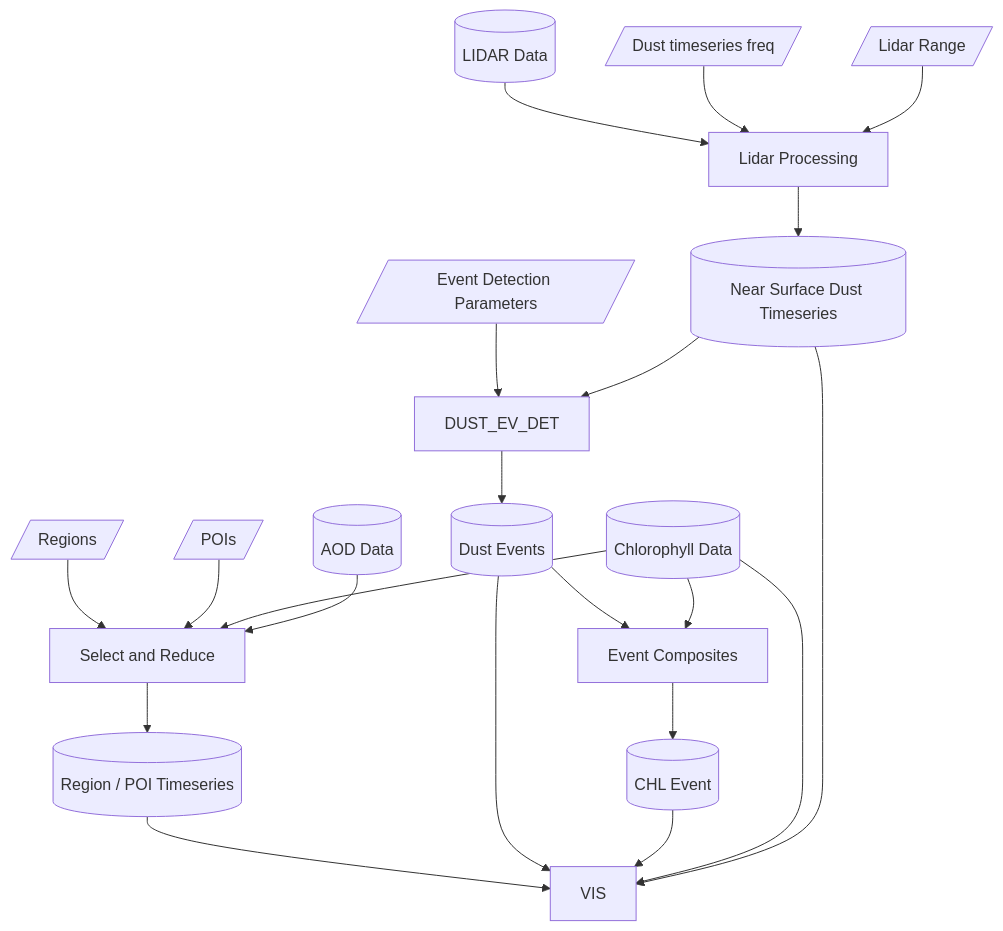
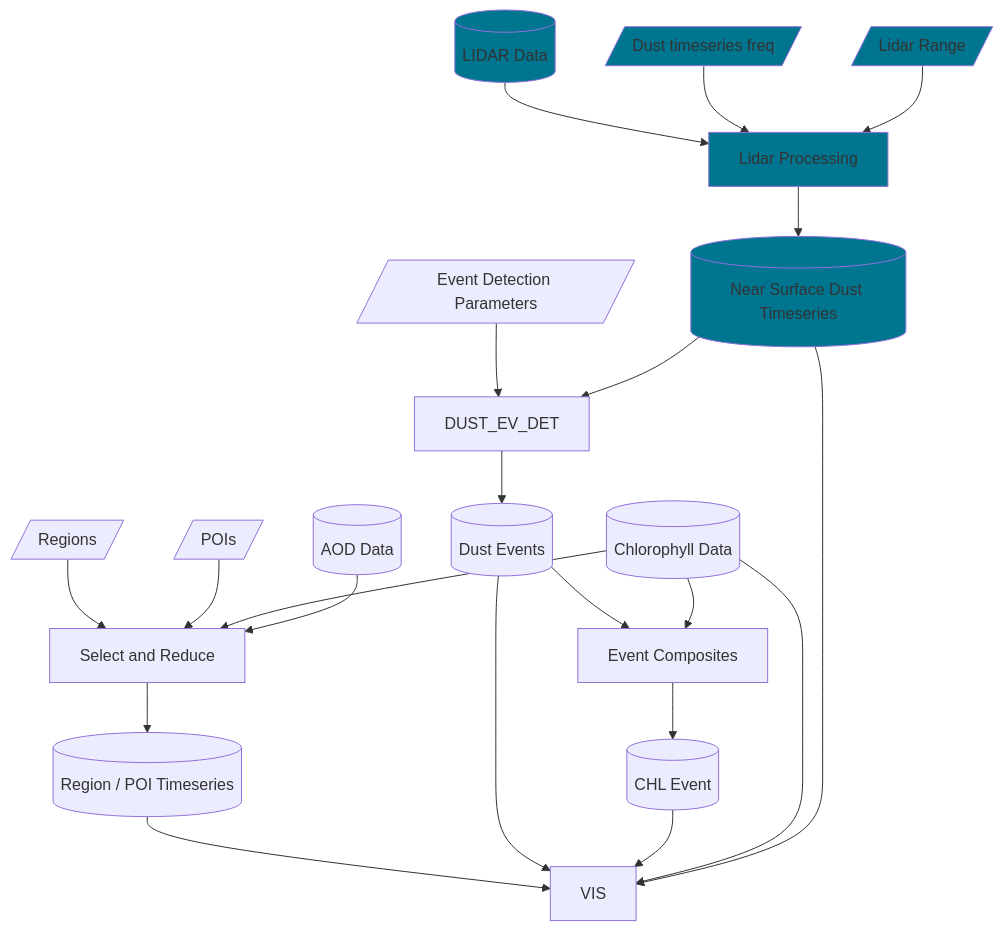
The diagram in README.md (mardatade/Cabo-Verde-Dust), drawn with Mermaid before and after one commit.

Commit message:
Highlight elements which are done

````diff
--- a/README.md
+++ b/README.md
@@ -3,48 +3,55 @@
 ```mermaid
 flowchart TD
     %% datasets
     LIDAR[(LIDAR Data)]
     AOD[(AOD Data)]
     CHL[(Chlorophyll Data)]
     NSDST[(Near Surface Dust Timeseries)]
     REG_POI_TS[(Region / POI Timeseries)]
     DST_Events[(Dust Events)]
     CHL_Comp[(CHL Event)]
 
     %% user choices
     RGS[/Regions/]
     POI[/POIs/]
     LIDAR_RNG[/Lidar Range/]
     DUST_FREQ[/Dust timeseries freq/]
     EVPRM[/Event Detection Parameters/]
 
     %% Process LIDAR data
     LIDAR --> LDRPRC[Lidar Processing]
     DUST_FREQ --> LDRPRC
     LIDAR_RNG --> LDRPRC
     LDRPRC --> NSDST
 
     %% Visualize
     REG_POI_TS --> VIS
     DST_Events --> VIS
     CHL_Comp --> VIS
     CHL --> VIS
     NSDST --> VIS
     
     %% Select timesereis
     RGS --> SLCT_RED
     POI --> SLCT_RED
     CHL --> SLCT_RED
     AOD --> SLCT_RED[Select and Reduce]
     SLCT_RED --> REG_POI_TS
 
     %% Event detection
     EVPRM --> DUST_EV_DET
     NSDST --> DUST_EV_DET
     DUST_EV_DET --> DST_Events
 
     %% Event Composite
     DST_Events --> EV_COMP[Event Composites]
     CHL --> EV_COMP
     EV_COMP --> CHL_Comp
+
+    %% style those elements which exist
+    style NSDST fill:#00758f
+    style LIDAR_RNG fill:#00758f
+    style LIDAR fill:#00758f
+    style DUST_FREQ fill:#00758f
+    style LDRPRC fill:#00758f
 ```
````
